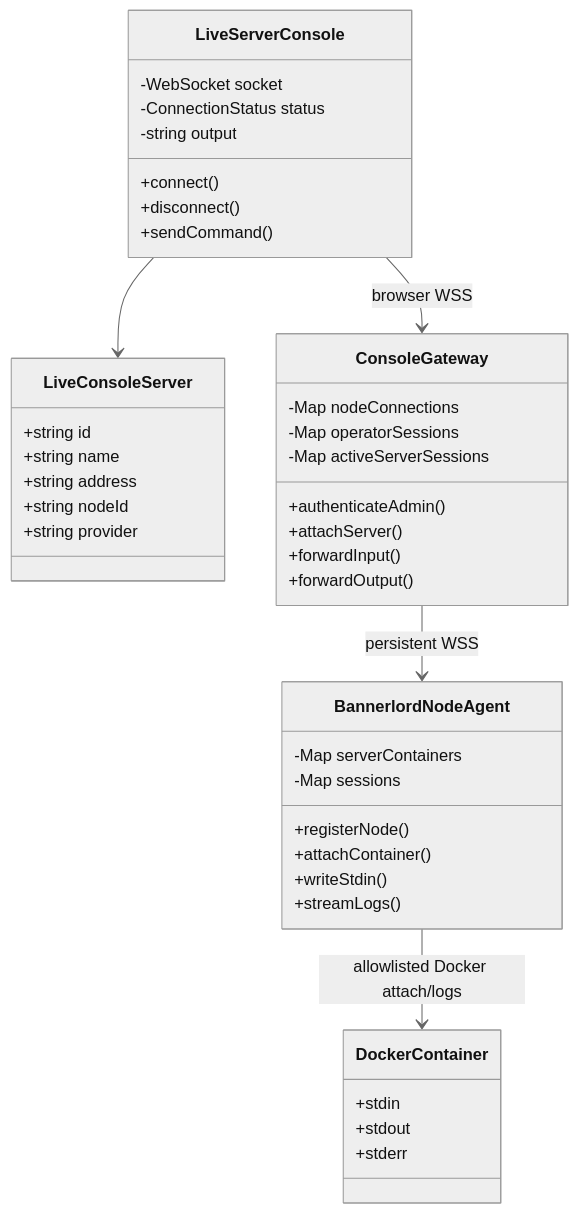
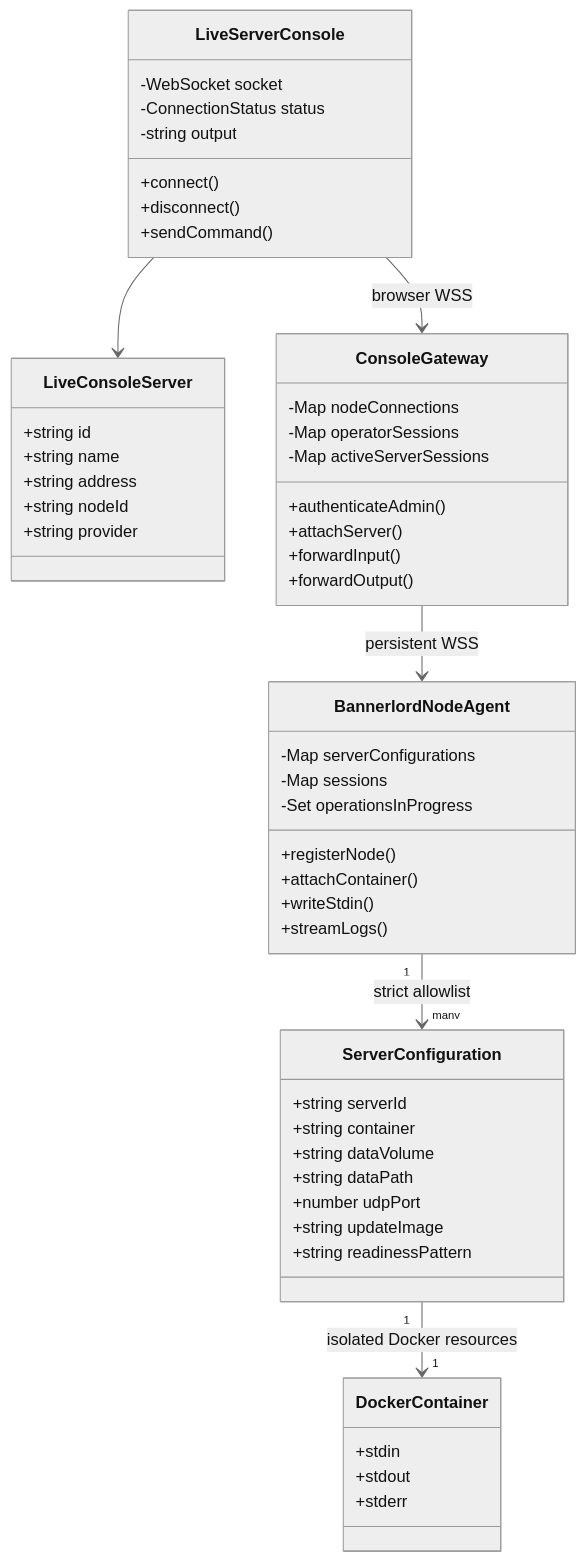
Before and after one commit to Bannerlord-Coop-Team/BannerlordCoop-website: the first of 2 diagrams in docs/live-server-console-design.md, drawn with Mermaid (neutral theme). The commit also changed other lines of this file and 16 other files, not shown here.

````diff
--- a/docs/live-server-console-design.md
+++ b/docs/live-server-console-design.md
@@ -25,45 +25,56 @@
 ```mermaid
 classDiagram
     class LiveConsoleServer {
         +string id
         +string name
         +string address
         +string nodeId
         +string provider
     }
     class LiveServerConsole {
         -WebSocket socket
         -ConnectionStatus status
         -string output
         +connect()
         +disconnect()
         +sendCommand()
     }
     class ConsoleGateway {
         -Map nodeConnections
         -Map operatorSessions
         -Map activeServerSessions
         +authenticateAdmin()
         +attachServer()
         +forwardInput()
         +forwardOutput()
     }
     class BannerlordNodeAgent {
-        -Map serverContainers
+        -Map serverConfigurations
         -Map sessions
+        -Set operationsInProgress
         +registerNode()
         +attachContainer()
         +writeStdin()
         +streamLogs()
+    }
+    class ServerConfiguration {
+        +string serverId
+        +string container
+        +string dataVolume
+        +string dataPath
+        +number udpPort
+        +string updateImage
+        +string readinessPattern
     }
     class DockerContainer {
         +stdin
         +stdout
         +stderr
     }
 
     LiveServerConsole --> LiveConsoleServer
     LiveServerConsole --> ConsoleGateway : browser WSS
     ConsoleGateway --> BannerlordNodeAgent : persistent WSS
-    BannerlordNodeAgent --> DockerContainer : allowlisted Docker attach/logs
+    BannerlordNodeAgent "1" --> "many" ServerConfiguration : strict allowlist
+    ServerConfiguration "1" --> "1" DockerContainer : isolated Docker resources
 ```
````
